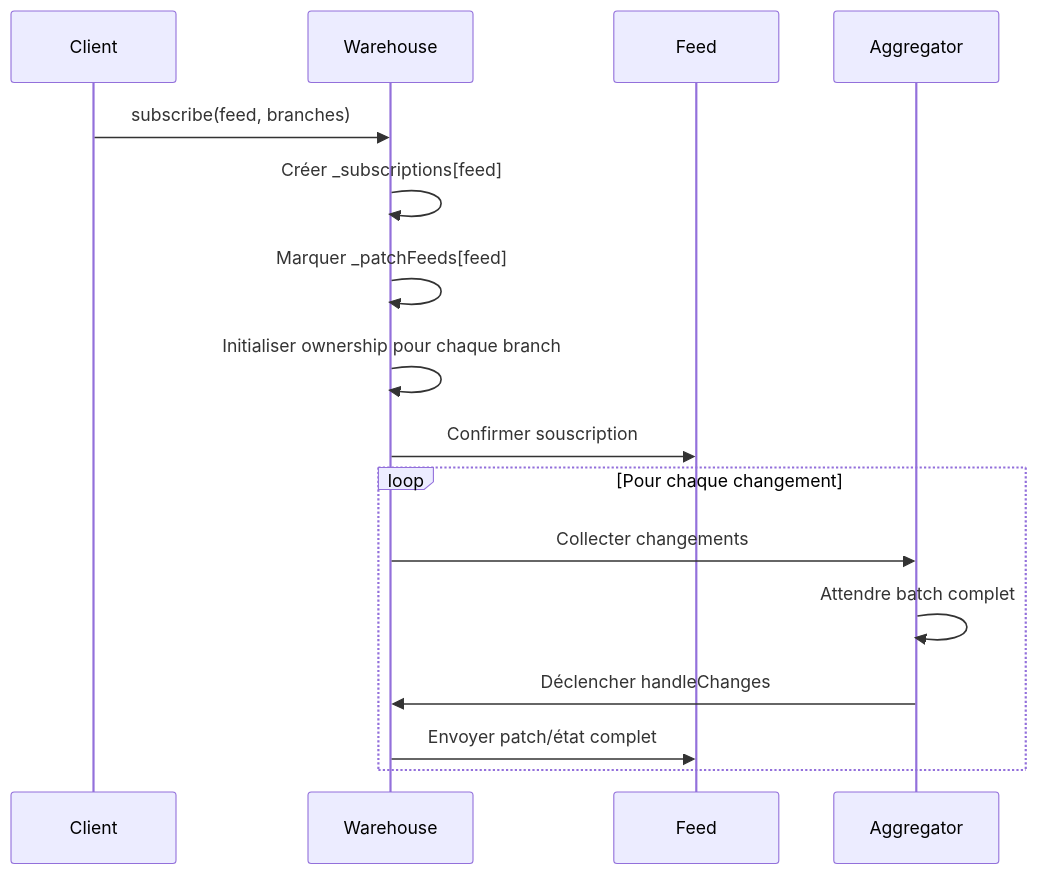
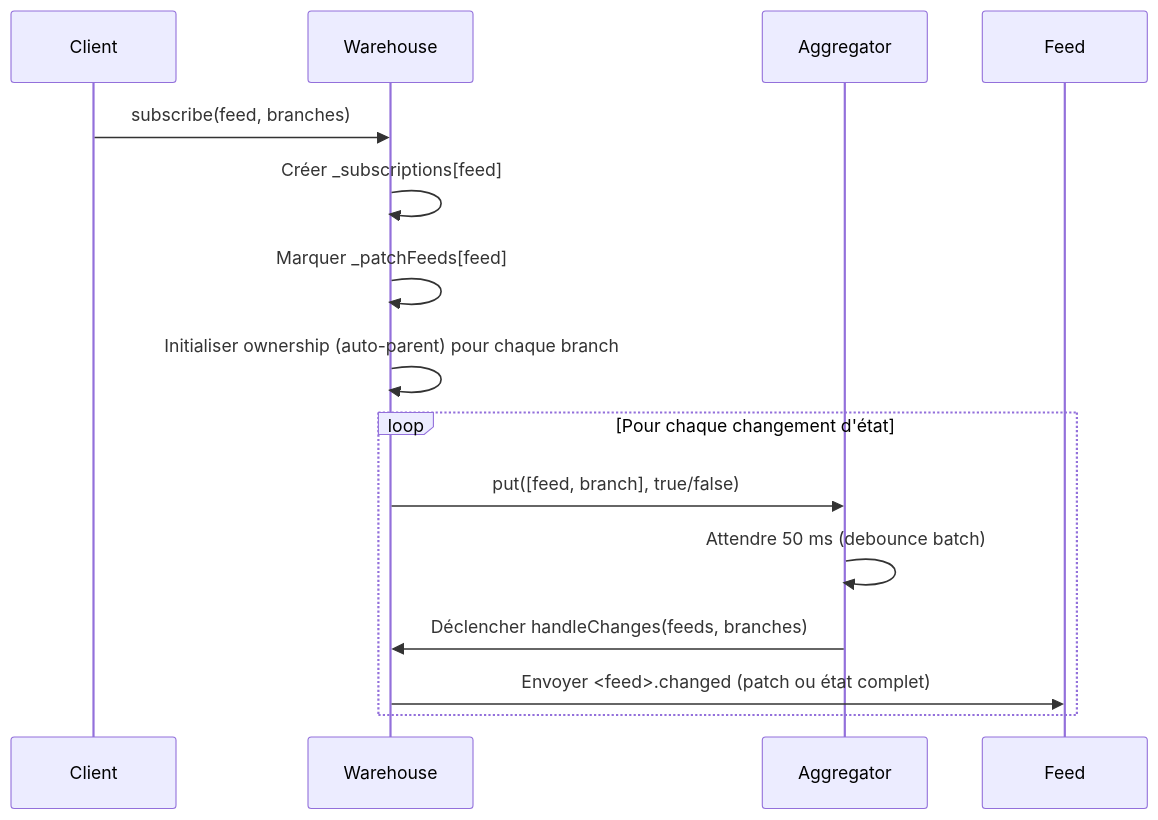
The first of 4 diagrams in doc/feeds.md (Xcraft-Inc/goblin-warehouse), drawn with Mermaid before and after one commit. The commit also changed other lines of this file, not shown here.

````diff
--- a/doc/feeds.md
+++ b/doc/feeds.md
@@ -66,20 +61,19 @@
 ```mermaid
 sequenceDiagram
     participant Client
     participant Warehouse
+    participant Aggregator
     participant Feed
-    participant Aggregator
 
     Client->>Warehouse: subscribe(feed, branches)
     Warehouse->>Warehouse: Créer _subscriptions[feed]
     Warehouse->>Warehouse: Marquer _patchFeeds[feed]
-    Warehouse->>Warehouse: Initialiser ownership pour chaque branch
-    Warehouse->>Feed: Confirmer souscription
+    Warehouse->>Warehouse: Initialiser ownership (auto-parent) pour chaque branch
 
-    loop Pour chaque changement
-        Warehouse->>Aggregator: Collecter changements
-        Aggregator->>Aggregator: Attendre batch complet
-        Aggregator->>Warehouse: Déclencher handleChanges
-        Warehouse->>Feed: Envoyer patch/état complet
+    loop Pour chaque changement d'état
+        Warehouse->>Aggregator: put([feed, branch], true/false)
+        Aggregator->>Aggregator: Attendre 50 ms (debounce batch)
+        Aggregator->>Warehouse: Déclencher handleChanges(feeds, branches)
+        Warehouse->>Feed: Envoyer <feed>.changed (patch ou état complet)
     end
 ```
````
